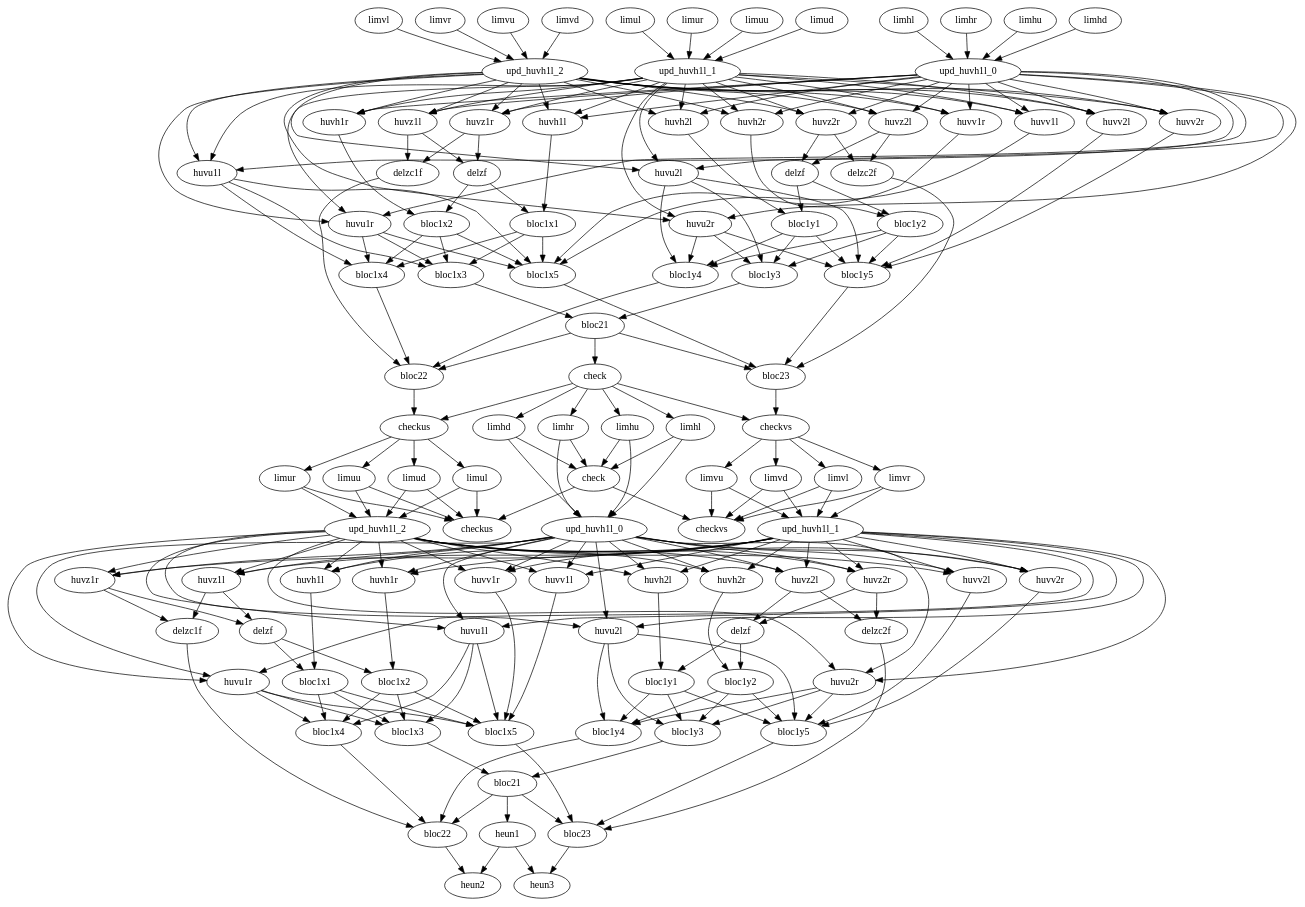
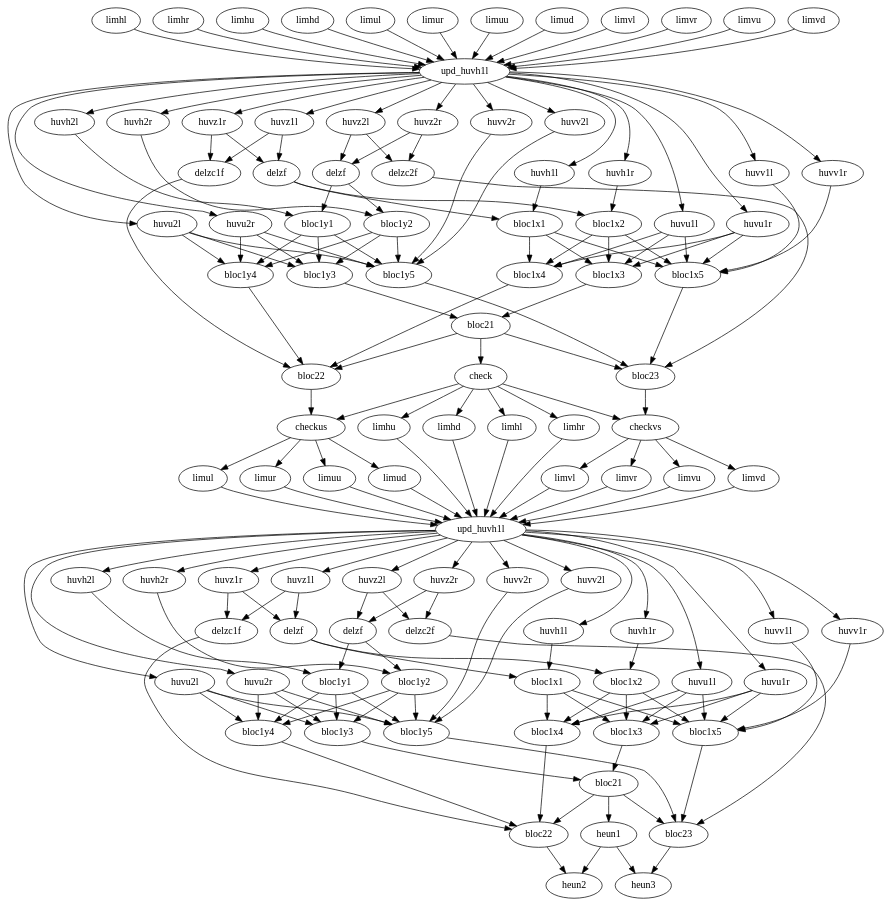
Before and after one commit to jbigot/csm: the diagram in MSP_CAC/outputs/trans.dot, drawn with Graphviz. The commit also changed 10 other files, not shown here.

```diff
--- a/MSP_CAC/outputs/trans.dot
+++ b/MSP_CAC/outputs/trans.dot
@@ -1,7 +1,7 @@
 strict digraph  {
 	node [label="\N"];
 	0	 [label=limhl];
-	12	 [label=upd_huvh1l_0];
+	12	 [label=upd_huvh1l];
 	0 -> 12;
 	1	 [label=limhr];
 	1 -> 12;
@@ -10,363 +10,278 @@
 	3	 [label=limhd];
 	3 -> 12;
 	4	 [label=limul];
-	13	 [label=upd_huvh1l_1];
-	4 -> 13;
+	4 -> 12;
 	5	 [label=limur];
-	5 -> 13;
+	5 -> 12;
 	6	 [label=limuu];
-	6 -> 13;
+	6 -> 12;
 	7	 [label=limud];
-	7 -> 13;
+	7 -> 12;
 	8	 [label=limvl];
-	14	 [label=upd_huvh1l_2];
-	8 -> 14;
+	8 -> 12;
 	9	 [label=limvr];
-	9 -> 14;
+	9 -> 12;
 	10	 [label=limvu];
-	10 -> 14;
+	10 -> 12;
 	11	 [label=limvd];
-	11 -> 14;
-	15	 [label=huvh1l];
+	11 -> 12;
+	13	 [label=huvh1l];
+	12 -> 13;
+	14	 [label=huvh1r];
+	12 -> 14;
+	15	 [label=huvu1l];
 	12 -> 15;
-	16	 [label=huvh1r];
+	16	 [label=huvu1r];
 	12 -> 16;
-	17	 [label=huvu1l];
+	17	 [label=huvv1l];
 	12 -> 17;
-	18	 [label=huvu1r];
+	18	 [label=huvv1r];
 	12 -> 18;
-	19	 [label=huvv1l];
+	19	 [label=huvz1l];
 	12 -> 19;
-	20	 [label=huvv1r];
+	20	 [label=huvz1r];
 	12 -> 20;
-	21	 [label=huvz1l];
+	21	 [label=huvh2l];
 	12 -> 21;
-	22	 [label=huvz1r];
+	22	 [label=huvh2r];
 	12 -> 22;
-	23	 [label=huvh2l];
+	23	 [label=huvu2l];
 	12 -> 23;
-	24	 [label=huvh2r];
+	24	 [label=huvu2r];
 	12 -> 24;
-	25	 [label=huvu2l];
+	25	 [label=huvv2l];
 	12 -> 25;
-	26	 [label=huvu2r];
+	26	 [label=huvv2r];
 	12 -> 26;
-	27	 [label=huvv2l];
+	27	 [label=huvz2l];
 	12 -> 27;
-	28	 [label=huvv2r];
+	28	 [label=huvz2r];
 	12 -> 28;
-	29	 [label=huvz2l];
-	12 -> 29;
-	30	 [label=huvz2r];
-	12 -> 30;
-	13 -> 15;
-	13 -> 16;
-	13 -> 17;
-	13 -> 18;
-	13 -> 19;
-	13 -> 20;
-	13 -> 21;
-	13 -> 22;
-	13 -> 23;
-	13 -> 24;
-	13 -> 25;
-	13 -> 26;
-	13 -> 27;
-	13 -> 28;
-	13 -> 29;
-	13 -> 30;
-	14 -> 15;
-	14 -> 16;
-	14 -> 17;
-	14 -> 18;
-	14 -> 19;
-	14 -> 20;
-	14 -> 21;
-	14 -> 22;
-	14 -> 23;
-	14 -> 24;
-	14 -> 25;
-	14 -> 26;
-	14 -> 27;
-	14 -> 28;
-	14 -> 29;
-	14 -> 30;
-	35	 [label=bloc1x1];
+	33	 [label=bloc1x1];
+	13 -> 33;
+	34	 [label=bloc1x2];
+	14 -> 34;
+	35	 [label=bloc1x3];
 	15 -> 35;
-	36	 [label=bloc1x2];
+	36	 [label=bloc1x4];
+	15 -> 36;
+	37	 [label=bloc1x5];
+	15 -> 37;
+	16 -> 35;
 	16 -> 36;
-	37	 [label=bloc1x3];
+	16 -> 37;
 	17 -> 37;
-	38	 [label=bloc1x4];
-	17 -> 38;
-	39	 [label=bloc1x5];
-	17 -> 39;
 	18 -> 37;
-	18 -> 38;
-	18 -> 39;
-	19 -> 39;
-	20 -> 39;
+	29	 [label=delzf];
+	19 -> 29;
+	30	 [label=delzc1f];
+	19 -> 30;
+	20 -> 29;
+	20 -> 30;
+	38	 [label=bloc1y1];
+	21 -> 38;
+	39	 [label=bloc1y2];
+	22 -> 39;
+	40	 [label=bloc1y3];
+	23 -> 40;
+	41	 [label=bloc1y4];
+	23 -> 41;
+	42	 [label=bloc1y5];
+	23 -> 42;
+	24 -> 40;
+	24 -> 41;
+	24 -> 42;
+	25 -> 42;
+	26 -> 42;
 	31	 [label=delzf];
-	21 -> 31;
-	32	 [label=delzc1f];
-	21 -> 32;
-	22 -> 31;
-	22 -> 32;
-	40	 [label=bloc1y1];
-	23 -> 40;
-	41	 [label=bloc1y2];
-	24 -> 41;
-	42	 [label=bloc1y3];
-	25 -> 42;
-	43	 [label=bloc1y4];
-	25 -> 43;
-	44	 [label=bloc1y5];
-	25 -> 44;
-	26 -> 42;
-	26 -> 43;
-	26 -> 44;
-	27 -> 44;
-	28 -> 44;
-	33	 [label=delzf];
+	27 -> 31;
+	32	 [label=delzc2f];
+	27 -> 32;
+	28 -> 31;
+	28 -> 32;
 	29 -> 33;
-	34	 [label=delzc2f];
 	29 -> 34;
-	30 -> 33;
-	30 -> 34;
-	31 -> 35;
-	31 -> 36;
-	46	 [label=bloc22];
-	32 -> 46;
-	33 -> 40;
-	33 -> 41;
-	47	 [label=bloc23];
-	34 -> 47;
-	35 -> 37;
-	35 -> 38;
-	35 -> 39;
-	36 -> 37;
-	36 -> 38;
-	36 -> 39;
-	45	 [label=bloc21];
+	44	 [label=bloc22];
+	30 -> 44;
+	31 -> 38;
+	31 -> 39;
+	45	 [label=bloc23];
+	32 -> 45;
+	33 -> 35;
+	33 -> 36;
+	33 -> 37;
+	34 -> 35;
+	34 -> 36;
+	34 -> 37;
+	43	 [label=bloc21];
+	35 -> 43;
+	36 -> 44;
 	37 -> 45;
-	38 -> 46;
-	39 -> 47;
-	40 -> 42;
+	38 -> 40;
+	38 -> 41;
+	38 -> 42;
+	39 -> 40;
+	39 -> 41;
+	39 -> 42;
 	40 -> 43;
-	40 -> 44;
-	41 -> 42;
-	41 -> 43;
 	41 -> 44;
 	42 -> 45;
+	43 -> 44;
+	43 -> 45;
+	46	 [label=check];
 	43 -> 46;
+	47	 [label=checkus];
 	44 -> 47;
-	45 -> 46;
-	45 -> 47;
-	48	 [label=check];
+	48	 [label=checkvs];
 	45 -> 48;
-	49	 [label=checkus];
+	46 -> 47;
+	46 -> 48;
+	49	 [label=limhl];
 	46 -> 49;
-	50	 [label=checkvs];
-	47 -> 50;
-	48 -> 49;
-	48 -> 50;
-	51	 [label=limhl];
-	48 -> 51;
-	52	 [label=limhr];
-	48 -> 52;
-	53	 [label=limhu];
-	48 -> 53;
-	54	 [label=limhd];
-	48 -> 54;
-	55	 [label=limul];
-	49 -> 55;
-	56	 [label=limur];
-	49 -> 56;
-	57	 [label=limuu];
-	49 -> 57;
-	58	 [label=limud];
-	49 -> 58;
-	59	 [label=limvl];
-	50 -> 59;
-	60	 [label=limvr];
-	50 -> 60;
-	61	 [label=limvu];
+	50	 [label=limhr];
+	46 -> 50;
+	51	 [label=limhu];
+	46 -> 51;
+	52	 [label=limhd];
+	46 -> 52;
+	53	 [label=limul];
+	47 -> 53;
+	54	 [label=limur];
+	47 -> 54;
+	55	 [label=limuu];
+	47 -> 55;
+	56	 [label=limud];
+	47 -> 56;
+	57	 [label=limvl];
+	48 -> 57;
+	58	 [label=limvr];
+	48 -> 58;
+	59	 [label=limvu];
+	48 -> 59;
+	60	 [label=limvd];
+	48 -> 60;
+	61	 [label=upd_huvh1l];
+	49 -> 61;
 	50 -> 61;
-	62	 [label=limvd];
-	50 -> 62;
-	63	 [label=upd_huvh1l_0];
-	51 -> 63;
-	102	 [label=check];
-	51 -> 102;
-	52 -> 63;
-	52 -> 102;
-	53 -> 63;
-	53 -> 102;
-	54 -> 63;
-	54 -> 102;
-	65	 [label=upd_huvh1l_2];
-	55 -> 65;
-	103	 [label=checkus];
-	55 -> 103;
-	56 -> 65;
-	56 -> 103;
-	57 -> 65;
-	57 -> 103;
-	58 -> 65;
-	58 -> 103;
-	64	 [label=upd_huvh1l_1];
-	59 -> 64;
-	104	 [label=checkvs];
-	59 -> 104;
-	60 -> 64;
-	60 -> 104;
+	51 -> 61;
+	52 -> 61;
+	53 -> 61;
+	54 -> 61;
+	55 -> 61;
+	56 -> 61;
+	57 -> 61;
+	58 -> 61;
+	59 -> 61;
+	60 -> 61;
+	62	 [label=huvh1l];
+	61 -> 62;
+	63	 [label=huvh1r];
+	61 -> 63;
+	64	 [label=huvu1l];
 	61 -> 64;
-	61 -> 104;
-	62 -> 64;
-	62 -> 104;
-	66	 [label=huvh1l];
-	63 -> 66;
-	67	 [label=huvh1r];
-	63 -> 67;
-	68	 [label=huvu1l];
-	63 -> 68;
-	69	 [label=huvu1r];
-	63 -> 69;
-	70	 [label=huvv1l];
-	63 -> 70;
-	71	 [label=huvv1r];
-	63 -> 71;
-	72	 [label=huvz1l];
-	63 -> 72;
-	73	 [label=huvz1r];
-	63 -> 73;
-	74	 [label=huvh2l];
-	63 -> 74;
-	75	 [label=huvh2r];
-	63 -> 75;
-	76	 [label=huvu2l];
-	63 -> 76;
-	77	 [label=huvu2r];
-	63 -> 77;
-	78	 [label=huvv2l];
-	63 -> 78;
-	79	 [label=huvv2r];
-	63 -> 79;
-	80	 [label=huvz2l];
-	63 -> 80;
-	81	 [label=huvz2r];
-	63 -> 81;
-	64 -> 66;
-	64 -> 67;
-	64 -> 68;
-	64 -> 69;
-	64 -> 70;
-	64 -> 71;
-	64 -> 72;
-	64 -> 73;
-	64 -> 74;
-	64 -> 75;
-	64 -> 76;
-	64 -> 77;
-	64 -> 78;
-	64 -> 79;
-	64 -> 80;
-	64 -> 81;
-	65 -> 66;
-	65 -> 67;
-	65 -> 68;
-	65 -> 69;
-	65 -> 70;
-	65 -> 71;
-	65 -> 72;
-	65 -> 73;
-	65 -> 74;
-	65 -> 75;
-	65 -> 76;
-	65 -> 77;
-	65 -> 78;
-	65 -> 79;
-	65 -> 80;
-	65 -> 81;
-	86	 [label=bloc1x1];
+	65	 [label=huvu1r];
+	61 -> 65;
+	66	 [label=huvv1l];
+	61 -> 66;
+	67	 [label=huvv1r];
+	61 -> 67;
+	68	 [label=huvz1l];
+	61 -> 68;
+	69	 [label=huvz1r];
+	61 -> 69;
+	70	 [label=huvh2l];
+	61 -> 70;
+	71	 [label=huvh2r];
+	61 -> 71;
+	72	 [label=huvu2l];
+	61 -> 72;
+	73	 [label=huvu2r];
+	61 -> 73;
+	74	 [label=huvv2l];
+	61 -> 74;
+	75	 [label=huvv2r];
+	61 -> 75;
+	76	 [label=huvz2l];
+	61 -> 76;
+	77	 [label=huvz2r];
+	61 -> 77;
+	82	 [label=bloc1x1];
+	62 -> 82;
+	83	 [label=bloc1x2];
+	63 -> 83;
+	84	 [label=bloc1x3];
+	64 -> 84;
+	85	 [label=bloc1x4];
+	64 -> 85;
+	86	 [label=bloc1x5];
+	64 -> 86;
+	65 -> 84;
+	65 -> 85;
+	65 -> 86;
 	66 -> 86;
-	87	 [label=bloc1x2];
-	67 -> 87;
-	88	 [label=bloc1x3];
-	68 -> 88;
-	89	 [label=bloc1x4];
-	68 -> 89;
-	90	 [label=bloc1x5];
-	68 -> 90;
-	69 -> 88;
-	69 -> 89;
-	69 -> 90;
-	70 -> 90;
-	71 -> 90;
-	82	 [label=delzf];
-	72 -> 82;
-	83	 [label=delzc1f];
-	72 -> 83;
-	73 -> 82;
-	73 -> 83;
-	91	 [label=bloc1y1];
+	67 -> 86;
+	78	 [label=delzf];
+	68 -> 78;
+	79	 [label=delzc1f];
+	68 -> 79;
+	69 -> 78;
+	69 -> 79;
+	87	 [label=bloc1y1];
+	70 -> 87;
+	88	 [label=bloc1y2];
+	71 -> 88;
+	89	 [label=bloc1y3];
+	72 -> 89;
+	90	 [label=bloc1y4];
+	72 -> 90;
+	91	 [label=bloc1y5];
+	72 -> 91;
+	73 -> 89;
+	73 -> 90;
+	73 -> 91;
 	74 -> 91;
-	92	 [label=bloc1y2];
-	75 -> 92;
-	93	 [label=bloc1y3];
-	76 -> 93;
-	94	 [label=bloc1y4];
-	76 -> 94;
-	95	 [label=bloc1y5];
-	76 -> 95;
-	77 -> 93;
-	77 -> 94;
-	77 -> 95;
-	78 -> 95;
-	79 -> 95;
-	84	 [label=delzf];
-	80 -> 84;
-	85	 [label=delzc2f];
-	80 -> 85;
-	81 -> 84;
-	81 -> 85;
+	75 -> 91;
+	80	 [label=delzf];
+	76 -> 80;
+	81	 [label=delzc2f];
+	76 -> 81;
+	77 -> 80;
+	77 -> 81;
+	78 -> 82;
+	78 -> 83;
+	93	 [label=bloc22];
+	79 -> 93;
+	80 -> 87;
+	80 -> 88;
+	94	 [label=bloc23];
+	81 -> 94;
+	82 -> 84;
+	82 -> 85;
 	82 -> 86;
-	82 -> 87;
-	97	 [label=bloc22];
-	83 -> 97;
-	84 -> 91;
+	83 -> 84;
+	83 -> 85;
+	83 -> 86;
+	92	 [label=bloc21];
 	84 -> 92;
-	98	 [label=bloc23];
-	85 -> 98;
-	86 -> 88;
-	86 -> 89;
-	86 -> 90;
-	87 -> 88;
+	85 -> 93;
+	86 -> 94;
 	87 -> 89;
 	87 -> 90;
-	96	 [label=bloc21];
-	88 -> 96;
-	89 -> 97;
-	90 -> 98;
-	91 -> 93;
+	87 -> 91;
+	88 -> 89;
+	88 -> 90;
+	88 -> 91;
+	89 -> 92;
+	90 -> 93;
 	91 -> 94;
-	91 -> 95;
 	92 -> 93;
 	92 -> 94;
+	95	 [label=heun1];
 	92 -> 95;
+	96	 [label=heun2];
 	93 -> 96;
+	97	 [label=heun3];
 	94 -> 97;
-	95 -> 98;
-	96 -> 97;
-	96 -> 98;
-	99	 [label=heun1];
-	96 -> 99;
-	100	 [label=heun2];
-	97 -> 100;
-	101	 [label=heun3];
-	98 -> 101;
-	99 -> 100;
-	99 -> 101;
-	102 -> 103;
-	102 -> 104;
+	95 -> 96;
+	95 -> 97;
 }
```
